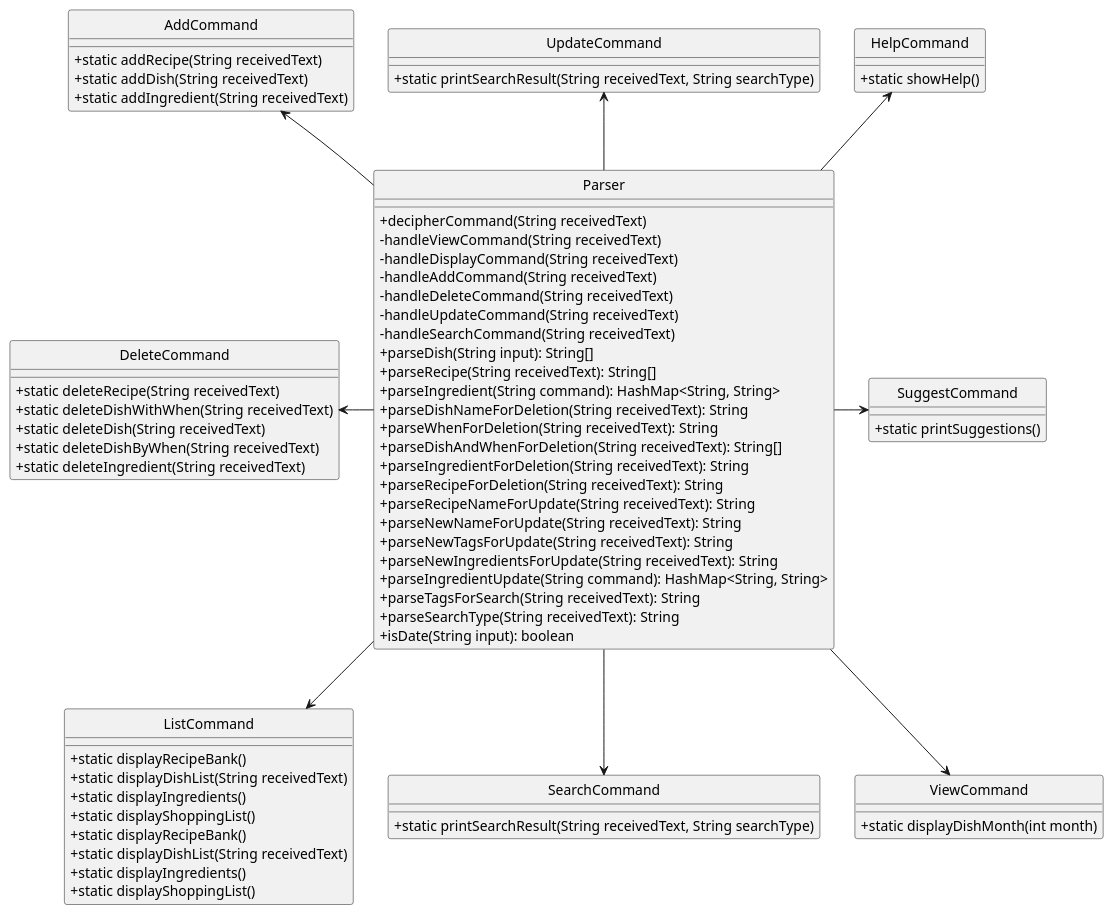
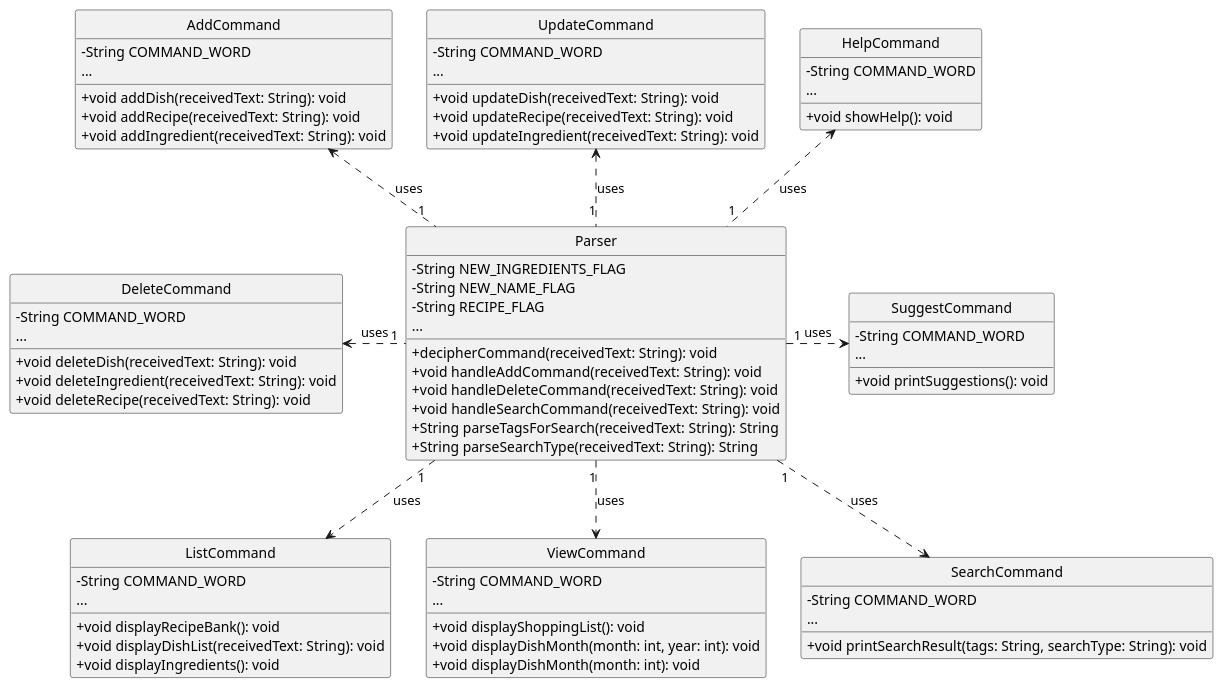
One commit to whalesyong/tp changed the diagram in src/main/java/seedu/cookingaids/diagrams/Parser.puml. Above: the diagram before and after it, drawn with PlantUML. The commit also changed 5 other files, not shown here.

Commit message:
Updated DG and diagrams Minor refactoring in parser

```diff
--- a/src/main/java/seedu/cookingaids/diagrams/Parser.puml
+++ b/src/main/java/seedu/cookingaids/diagrams/Parser.puml
@@ -1,90 +1,87 @@
 @startuml
 
 hide circle
 skinparam classAttributeIconSize 0
 
 class Parser {
-+ decipherCommand(String receivedText)
-- handleViewCommand(String receivedText)
-- handleDisplayCommand(String receivedText)
-- handleAddCommand(String receivedText)
-- handleDeleteCommand(String receivedText)
-- handleUpdateCommand(String receivedText)
-- handleSearchCommand(String receivedText)
-+ parseDish(String input): String[]
-+ parseRecipe(String receivedText): String[]
-+ parseIngredient(String command): HashMap<String, String>
-+ parseDishNameForDeletion(String receivedText): String
-+ parseWhenForDeletion(String receivedText): String
-+ parseDishAndWhenForDeletion(String receivedText): String[]
-+ parseIngredientForDeletion(String receivedText): String
-+ parseRecipeForDeletion(String receivedText): String
-+ parseRecipeNameForUpdate(String receivedText): String
-+ parseNewNameForUpdate(String receivedText): String
-+ parseNewTagsForUpdate(String receivedText): String
-+ parseNewIngredientsForUpdate(String receivedText): String
-+ parseIngredientUpdate(String command): HashMap<String, String>
-+ parseTagsForSearch(String receivedText): String
-+ parseSearchType(String receivedText): String
-+ isDate(String input): boolean
+    - String NEW_INGREDIENTS_FLAG
+    - String NEW_NAME_FLAG
+    - String RECIPE_FLAG
+    + decipherCommand(receivedText: String): void
+    + void handleAddCommand(receivedText: String): void
+    + void handleDeleteCommand(receivedText: String): void
+    + void handleSearchCommand(receivedText: String): void
+    + String parseTagsForSearch(receivedText: String): String
+    + String parseSearchType(receivedText: String): String
+    ...
+}
+
+class ListCommand {
+    - String COMMAND_WORD
+    + void displayRecipeBank(): void
+    + void displayDishList(receivedText: String): void
+    + void displayIngredients(): void
+    ...
 }
 
 class AddCommand {
-+ static addRecipe(String receivedText)
-+ static addDish(String receivedText)
-+ static addIngredient(String receivedText)
+    - String COMMAND_WORD
+    + void addDish(receivedText: String): void
+    + void addRecipe(receivedText: String): void
+    + void addIngredient(receivedText: String): void
+    ...
 }
 
 class DeleteCommand {
-+ static deleteRecipe(String receivedText)
-+ static deleteDishWithWhen(String receivedText)
-+ static deleteDish(String receivedText)
-+ static deleteDishByWhen(String receivedText)
-+ static deleteIngredient(String receivedText)
+    - String COMMAND_WORD
+    + void deleteDish(receivedText: String): void
+    + void deleteIngredient(receivedText: String): void
+    + void deleteRecipe(receivedText: String): void
+    ...
 }
 
-class ListCommand {
-+ static displayRecipeBank()
-+ static displayDishList(String receivedText)
-+ static displayIngredients()
-+ static displayShoppingList()
+class UpdateCommand {
+    - String COMMAND_WORD
+    + void updateDish(receivedText: String): void
+    + void updateRecipe(receivedText: String): void
+    + void updateIngredient(receivedText: String): void
+    ...
 }
 
-class ListCommand {
-+ static displayRecipeBank()
-+ static displayDishList(String receivedText)
-+ static displayIngredients()
-+ static displayShoppingList()
+class ViewCommand {
+    - String COMMAND_WORD
+    + void displayShoppingList(): void
+    + void displayDishMonth(month: int, year: int): void
+    + void displayDishMonth(month: int): void
+    ...
 }
 
 class HelpCommand {
-+ static showHelp()
+    - String COMMAND_WORD
+    + void showHelp(): void
+    ...
 }
 
 class SuggestCommand {
-+ static printSuggestions()
+    - String COMMAND_WORD
+    + void printSuggestions(): void
+    ...
 }
 
 class SearchCommand {
-+ static printSearchResult(String receivedText, String searchType)
+    - String COMMAND_WORD
+    + void printSearchResult(tags: String, searchType: String): void
+    ...
 }
 
-class UpdateCommand {
-+ static printSearchResult(String receivedText, String searchType)
-}
-
-class ViewCommand {
-+ static displayDishMonth(int month)
-}
-
-Parser -up-> HelpCommand
-Parser -up-> UpdateCommand
-Parser -up-> AddCommand
-DeleteCommand <- Parser
-Parser --> ListCommand
-Parser -> SuggestCommand
-Parser --> SearchCommand
-Parser --> ViewCommand
+Parser "1" .up.> HelpCommand : "uses"
+Parser "1" .up.> UpdateCommand : "uses"
+Parser "1" .up.> AddCommand : "uses"
+DeleteCommand <. "1" Parser : "uses"
+Parser "1" ..> ListCommand : "uses"
+Parser "1" .> SuggestCommand : "uses"
+Parser "1" ..> SearchCommand : "uses"
+Parser "1" ..> ViewCommand : "uses"
 
 
 @enduml
```
